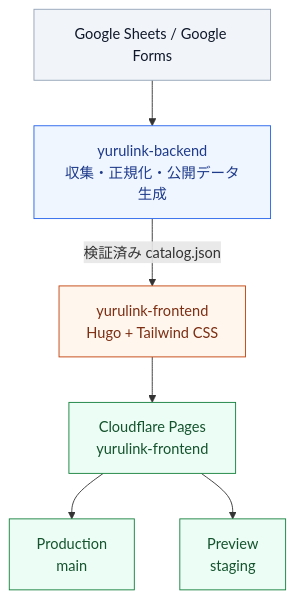
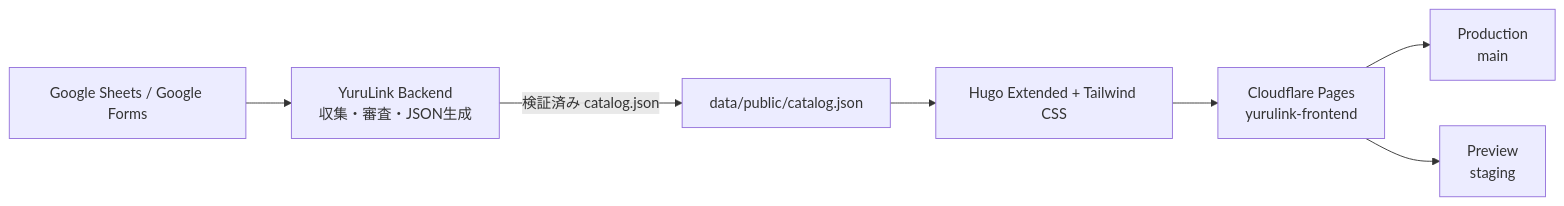
One commit to yurulinkdev/yurulink-frontend changed the diagram in README.md. Above: the diagram before and after it, drawn with Mermaid. The commit also changed other lines of this file and 3 other files, not shown here.

````diff
--- a/README.md
+++ b/README.md
@@ -7,16 +7,9 @@
 ```mermaid
-flowchart TB
-    A["Google Sheets / Google Forms"] --> B["yurulink-backend<br/>収集・正規化・公開データ生成"]
-    B -->|検証済み catalog.json| C["yurulink-frontend<br/>Hugo + Tailwind CSS"]
-    C --> D["Cloudflare Pages<br/>yurulink-frontend"]
-    D --> E["Production<br/>main"]
-    D --> F["Preview<br/>staging"]
-    classDef source fill:#f1f5f9,stroke:#94a3b8,color:#0f172a
-    classDef backend fill:#eff6ff,stroke:#2563eb,color:#1e3a8a
-    classDef frontend fill:#fff7ed,stroke:#c2410c,color:#7c2d12
-    classDef deploy fill:#ecfdf5,stroke:#15803d,color:#14532d
-    class A source
-    class B backend
-    class C frontend
-    class D,E,F deploy
+flowchart LR
+    S["Google Sheets / Google Forms"] --> B["YuruLink Backend<br/>収集・審査・JSON生成"]
+    B -->|"検証済み catalog.json"| D["data/public/catalog.json"]
+    D --> H["Hugo Extended + Tailwind CSS"]
+    H --> CF["Cloudflare Pages<br/>yurulink-frontend"]
+    CF --> P["Production<br/>main"]
+    CF --> T["Preview<br/>staging"]
 ```
````
